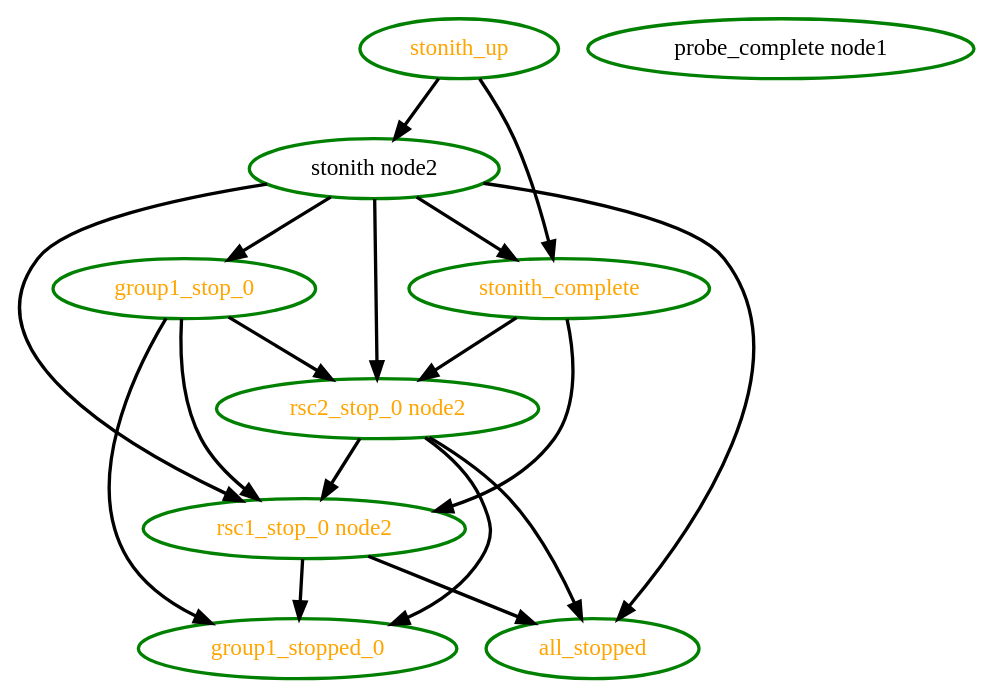
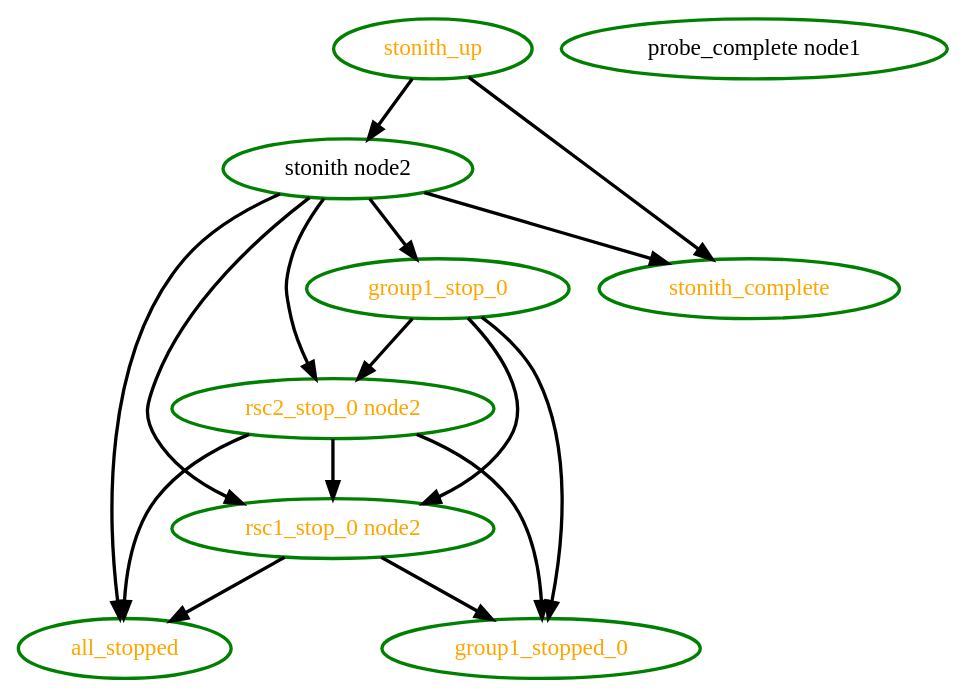
The diagram in pengine/test10/ticket-group-21.dot (ClusterLabs/pacemaker), drawn with Graphviz before and after one commit. The commit also changed 35 other files, not shown here.

```diff
--- a/pengine/test10/ticket-group-21.dot
+++ b/pengine/test10/ticket-group-21.dot
@@ -1,28 +1,26 @@
 digraph "g" {
 "all_stopped" [ style=bold color="green" fontcolor="orange"]
 "group1_stop_0" -> "group1_stopped_0" [ style = bold]
 "group1_stop_0" -> "rsc1_stop_0 node2" [ style = bold]
 "group1_stop_0" -> "rsc2_stop_0 node2" [ style = bold]
 "group1_stop_0" [ style=bold color="green" fontcolor="orange"]
 "group1_stopped_0" [ style=bold color="green" fontcolor="orange"]
 "probe_complete node1" [ style=bold color="green" fontcolor="black"]
 "rsc1_stop_0 node2" -> "all_stopped" [ style = bold]
 "rsc1_stop_0 node2" -> "group1_stopped_0" [ style = bold]
 "rsc1_stop_0 node2" [ style=bold color="green" fontcolor="orange"]
 "rsc2_stop_0 node2" -> "all_stopped" [ style = bold]
 "rsc2_stop_0 node2" -> "group1_stopped_0" [ style = bold]
 "rsc2_stop_0 node2" -> "rsc1_stop_0 node2" [ style = bold]
 "rsc2_stop_0 node2" [ style=bold color="green" fontcolor="orange"]
 "stonith node2" -> "all_stopped" [ style = bold]
 "stonith node2" -> "group1_stop_0" [ style = bold]
 "stonith node2" -> "rsc1_stop_0 node2" [ style = bold]
 "stonith node2" -> "rsc2_stop_0 node2" [ style = bold]
 "stonith node2" -> "stonith_complete" [ style = bold]
 "stonith node2" [ style=bold color="green" fontcolor="black"]
-"stonith_complete" -> "rsc1_stop_0 node2" [ style = bold]
-"stonith_complete" -> "rsc2_stop_0 node2" [ style = bold]
 "stonith_complete" [ style=bold color="green" fontcolor="orange"]
 "stonith_up" -> "stonith node2" [ style = bold]
 "stonith_up" -> "stonith_complete" [ style = bold]
 "stonith_up" [ style=bold color="green" fontcolor="orange"]
 }
```
